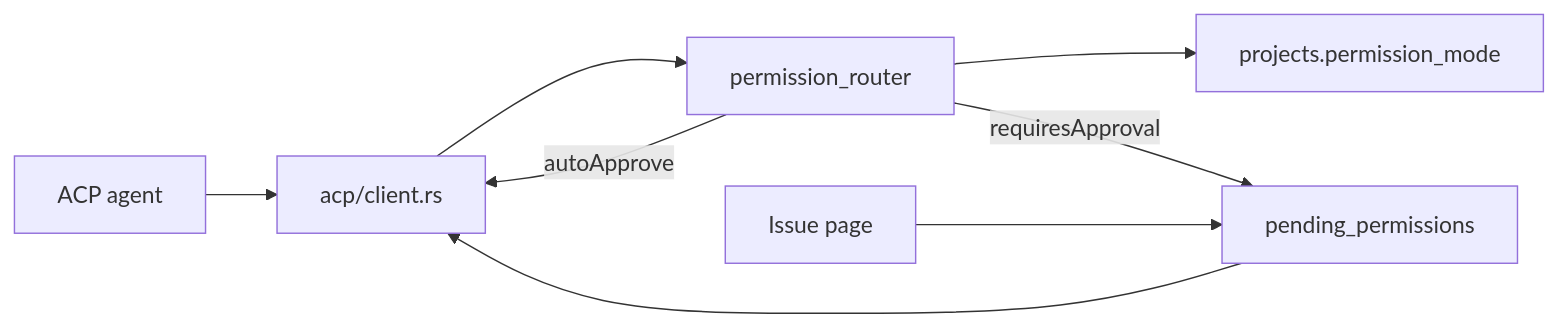
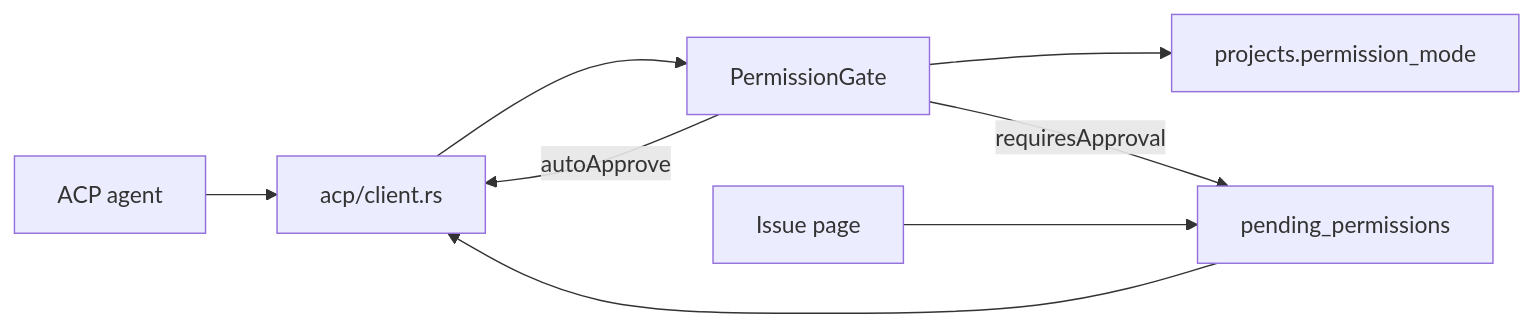
One commit to asuzukosi/opensymphony changed the second of 3 diagrams in plan.md. Above: the diagram before and after it, drawn with Mermaid. The commit also changed other lines of this file and 63 other files, not shown here.

````diff
--- a/plan.md
+++ b/plan.md
@@ -194,17 +194,17 @@
 ```mermaid
 flowchart LR
   Agent[ACP agent]
   Client[acp/client.rs]
-  Router[permission_router]
+  Router[PermissionGate]
   Queue[pending_permissions]
   IssueUI[Issue page]
   Policy[projects.permission_mode]
 
   Agent --> Client
   Client --> Router
   Router --> Policy
   Router -->|autoApprove| Client
   Router -->|requiresApproval| Queue
   IssueUI --> Queue
   Queue --> Client
 ```
````
